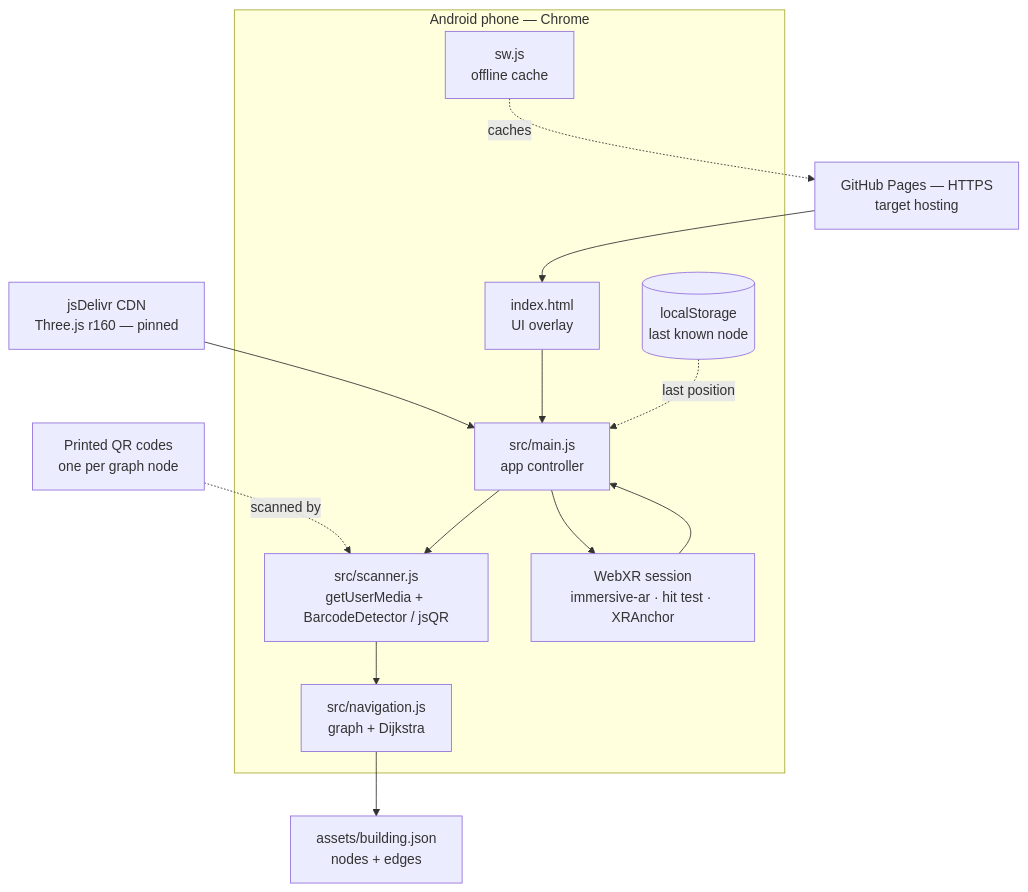
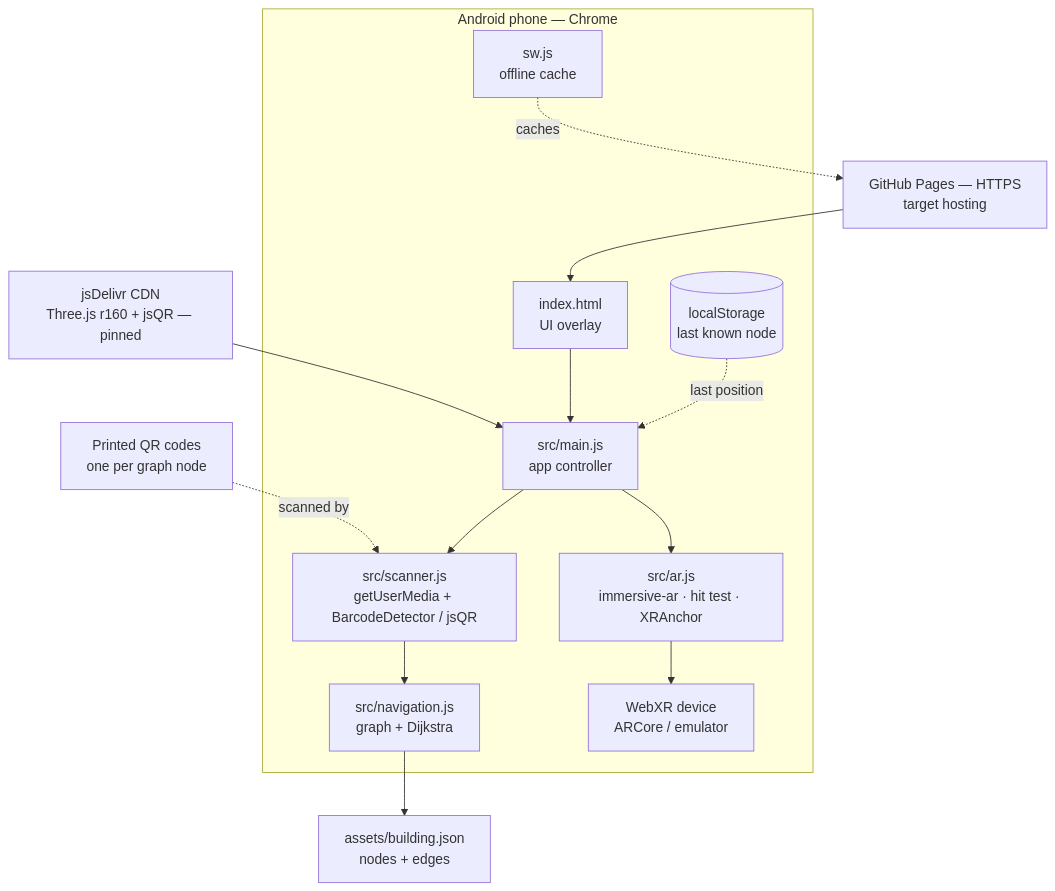
The third of 3 diagrams in README.md (yessinomhiri-cpu/indoor-wayfinder), drawn with Mermaid before and after one commit. The commit also changed other lines of this file and 10 other files, not shown here.

````diff
--- a/README.md
+++ b/README.md
@@ -245,29 +256,30 @@
 ```mermaid
 flowchart TB
     subgraph Phone["Android phone — Chrome"]
         UI["index.html<br/>UI overlay"]
         MAIN["src/main.js<br/>app controller"]
         SCAN["src/scanner.js<br/>getUserMedia + BarcodeDetector / jsQR"]
         NAV["src/navigation.js<br/>graph + Dijkstra"]
-        XR["WebXR session<br/>immersive-ar · hit test · XRAnchor"]
+        AR["src/ar.js<br/>immersive-ar · hit test · XRAnchor"]
+        XR["WebXR device<br/>ARCore / emulator"]
         SW["sw.js<br/>offline cache"]
         LS[("localStorage<br/>last known node")]
     end
 
-    CDN["jsDelivr CDN<br/>Three.js r160 — pinned"]
+    CDN["jsDelivr CDN<br/>Three.js r160 + jsQR — pinned"]
     HOST["GitHub Pages — HTTPS<br/>target hosting"]
     DATA["assets/building.json<br/>nodes + edges"]
     QR["Printed QR codes<br/>one per graph node"]
 
     QR -. scanned by .-> SCAN
     HOST --> UI
     CDN --> MAIN
     UI --> MAIN
     MAIN --> SCAN
     SCAN --> NAV
     NAV --> DATA
-    MAIN --> XR
-    XR --> MAIN
+    MAIN --> AR
+    AR --> XR
     SW -. caches .-> HOST
     LS -. last position .-> MAIN
 ```
````
